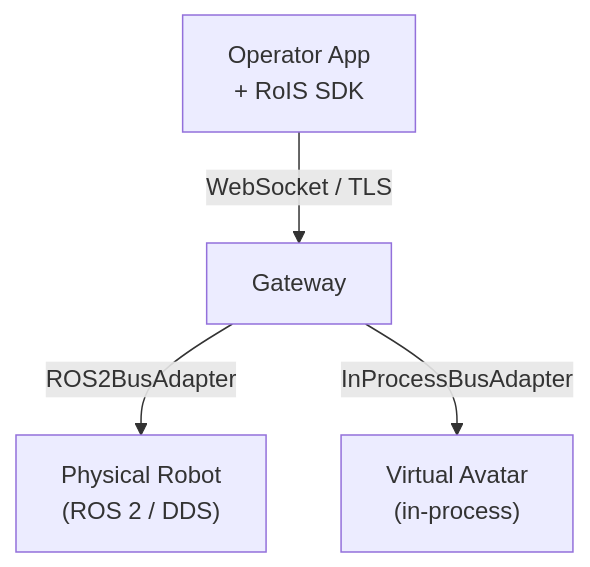
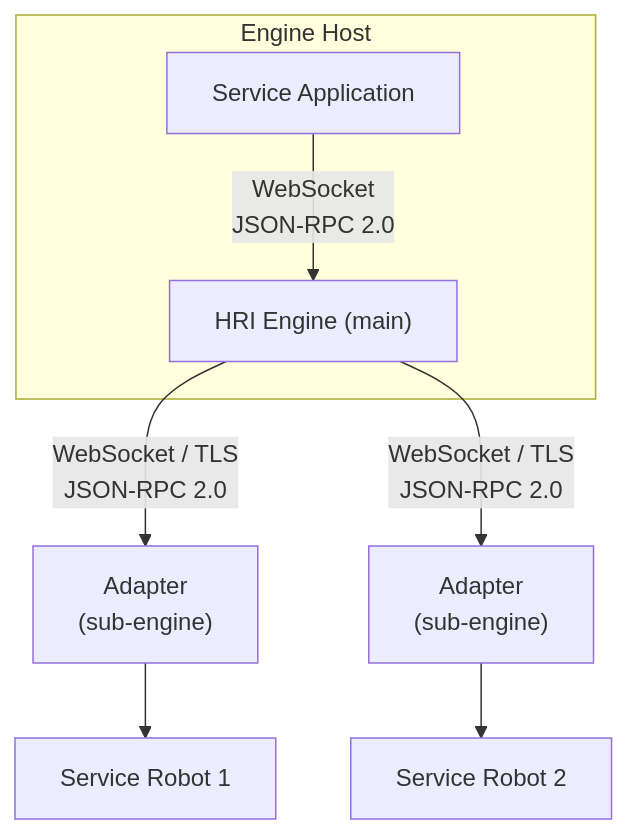
The ninth of 17 diagrams in docs/white-paper.md (openrois/openrois), drawn with Mermaid before and after one commit. The commit also changed other lines of this file and 1 other file, not shown here.

First line of the commit message:
docs: correct engine overview and rewrite deployment topologies

````diff
--- a/docs/white-paper.md
+++ b/docs/white-paper.md
@@ -1289,9 +1285,14 @@
 ```mermaid
 flowchart TB
-    App["Operator App<br/>+ RoIS SDK"]
-    GW["Gateway"]
-    App -->|"WebSocket / TLS"| GW
+    subgraph EngineHost["Engine Host"]
+        App["Service Application"]
+        GW["HRI Engine (main)"]
+        App -->|"WebSocket<br/>JSON-RPC 2.0"| GW
+    end
 
-    GW -->|"ROS2BusAdapter"| Robot["Physical Robot<br/>(ROS 2 / DDS)"]
-    GW -->|"InProcessBusAdapter"| Avatar["Virtual Avatar<br/>(in-process)"]
+    GW -->|"WebSocket / TLS<br/>JSON-RPC 2.0"| Adapter1["Adapter<br/>(sub-engine)"]
+    Adapter1 --> Robot1["Service Robot 1"]
+
+    GW -->|"WebSocket / TLS<br/>JSON-RPC 2.0"| Adapter2["Adapter<br/>(sub-engine)"]
+    Adapter2 --> Robot2["Service Robot 2"]
 ```
````
